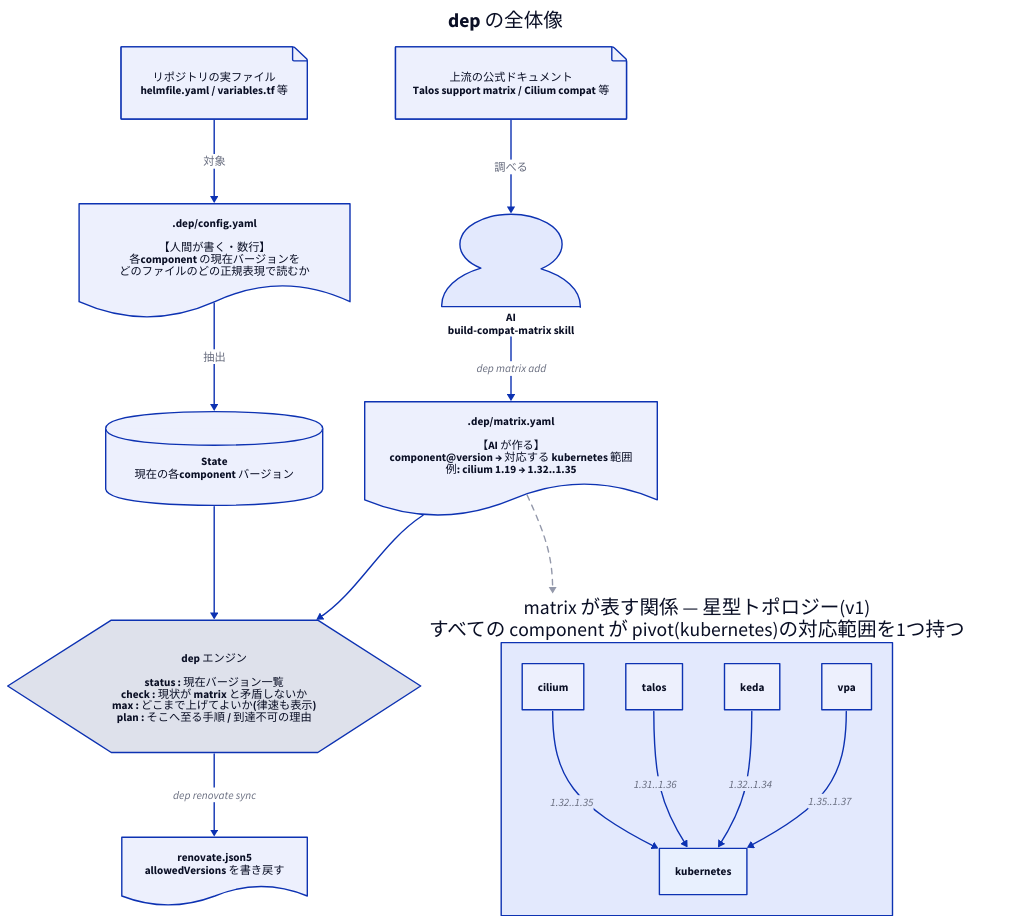
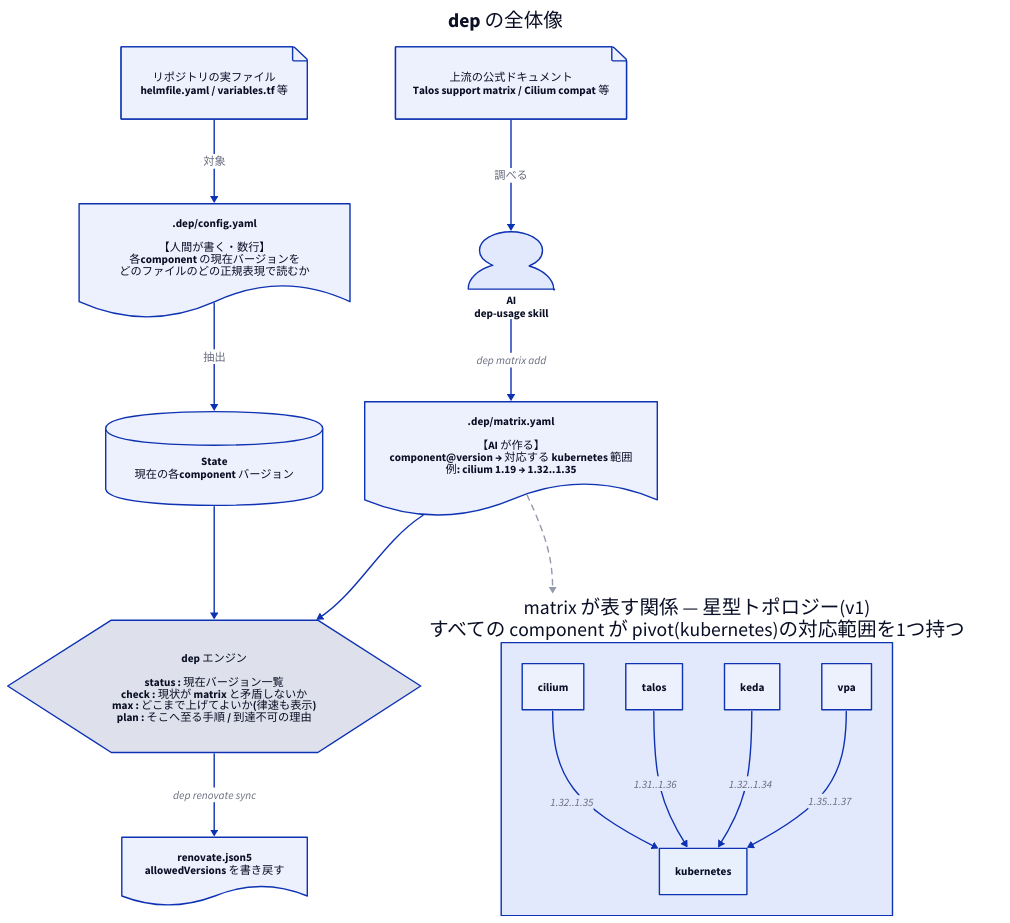
Before and after one commit to ogontaro/dep-cli: the diagram in docs/concepts.d2, drawn with D2. The commit also changed 5 other files, not shown here.

First line of the commit message:
refactor: build-compat-matrix skill を dep-usage に改称

```diff
--- a/docs/concepts.d2
+++ b/docs/concepts.d2
@@ -1,60 +1,60 @@
 # dep の概念図。 `mise run diagram` で concepts.svg を再生成する。
 direction: down
 
 title: "dep の全体像" {
   near: top-center
   shape: text
   style.font-size: 28
   style.bold: true
 }
 
 files: "リポジトリの実ファイル\nhelmfile.yaml / variables.tf 等" {
   shape: page
 }
 config: ".dep/config.yaml\n\n【人間が書く・数行】\n各component の現在バージョンを\nどのファイルのどの正規表現で読むか" {
   shape: document
 }
 state: "State\n現在の各component バージョン" {
   shape: cylinder
 }
 
 upstream: "上流の公式ドキュメント\nTalos support matrix / Cilium compat 等" {
   shape: page
 }
-ai: "AI\nbuild-compat-matrix skill" {
+ai: "AI\ndep-usage skill" {
   shape: person
 }
 matrix: ".dep/matrix.yaml\n\n【AI が作る】\ncomponent@version → 対応する kubernetes 範囲\n例: cilium 1.19 → 1.32..1.35" {
   shape: document
 }
 
 dep: "dep エンジン\n\nstatus  : 現在バージョン一覧\ncheck   : 現状が matrix と矛盾しないか\nmax     : どこまで上げてよいか(律速も表示)\nplan    : そこへ至る手順 / 到達不可の理由" {
   shape: hexagon
 }
 renovate: "renovate.json5\nallowedVersions を書き戻す" {
   shape: document
 }
 
 files -> config: 対象
 config -> state: 抽出
 upstream -> ai: 調べる
 ai -> matrix: "dep matrix add"
 state -> dep
 matrix -> dep
 dep -> renovate: "dep renovate sync"
 
 topology: "matrix が表す関係 — 星型トポロジー(v1)\nすべての component が pivot(kubernetes)の対応範囲を1つ持つ" {
   direction: right
   k8s: kubernetes {
     style.fill: "#e8f0fe"
   }
   cilium -> k8s: "1.32..1.35"
   talos -> k8s: "1.31..1.36"
   keda -> k8s: "1.32..1.34"
   vpa -> k8s: "1.35..1.37"
 }
 
 matrix -> topology: {
   style.stroke-dash: 4
   style.stroke: "#9499AB"
 }
```
